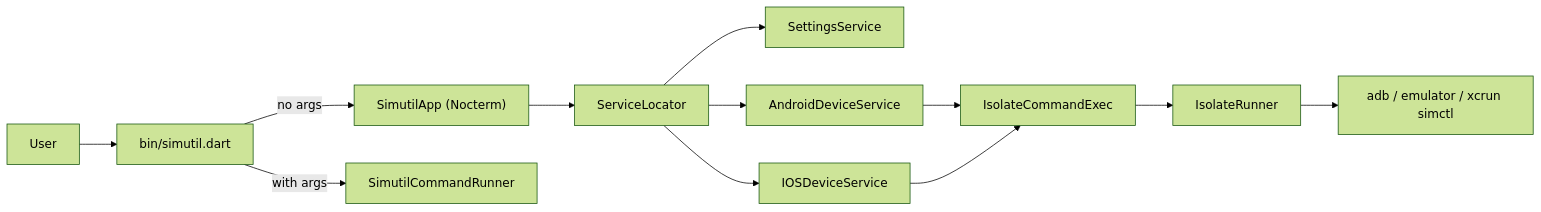
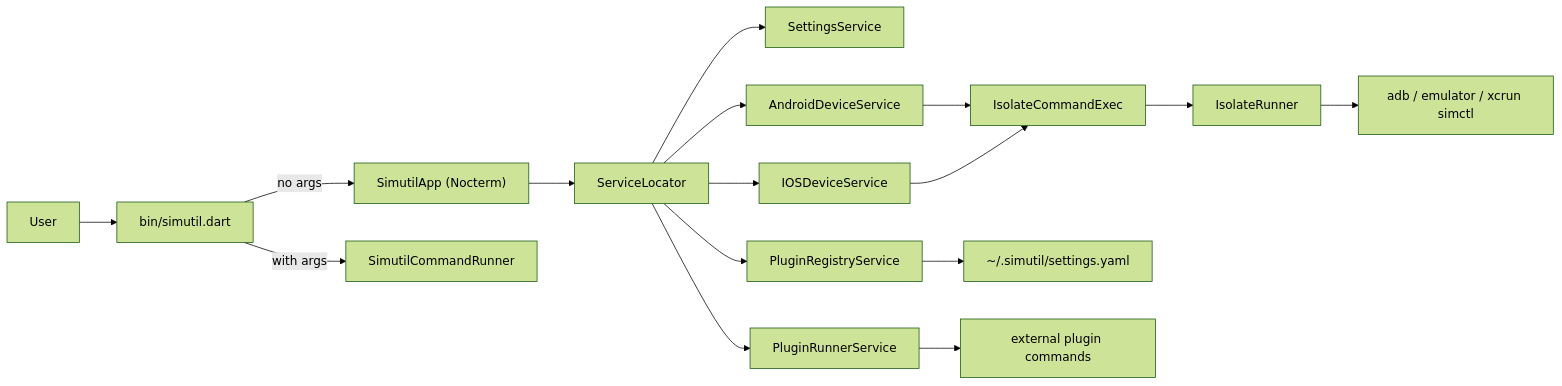
One commit to cuongdq88/simdeck changed the diagram in docs/ai/architecture.md. Above: the diagram before and after it, drawn with Mermaid (forest theme). The commit also changed other lines of this file and 44 other files, not shown here.

Commit message:
feature: Add YAML custom plugin registry (#30)

````diff
--- a/docs/ai/architecture.md
+++ b/docs/ai/architecture.md
@@ -36,14 +45,18 @@
 ```mermaid
 flowchart LR
     User[User] --> Bin["bin/simutil.dart"]
     Bin -->|"no args"| App["SimutilApp (Nocterm)"]
     Bin -->|"with args"| CLI["SimutilCommandRunner"]
     App --> Locator["ServiceLocator"]
     Locator --> Settings["SettingsService"]
     Locator --> Android["AndroidDeviceService"]
     Locator --> IOS["IOSDeviceService"]
+    Locator --> PluginReg["PluginRegistryService"]
+    Locator --> PluginRun["PluginRunnerService"]
     Android --> Exec["IsolateCommandExec"]
     IOS --> Exec
     Exec --> Runner["IsolateRunner"]
     Runner --> Shell["adb / emulator / xcrun simctl"]
+    PluginReg --> SettingsYaml["~/.simutil/settings.yaml"]
+    PluginRun --> PluginShell["external plugin commands"]
 ```
````
